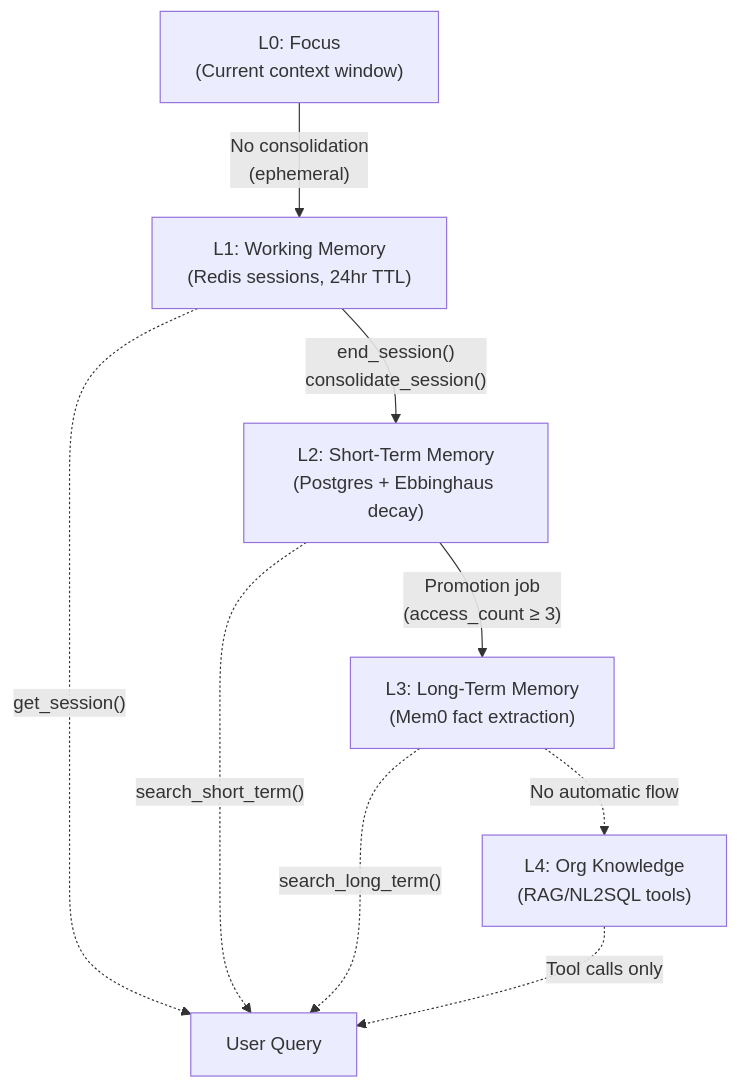
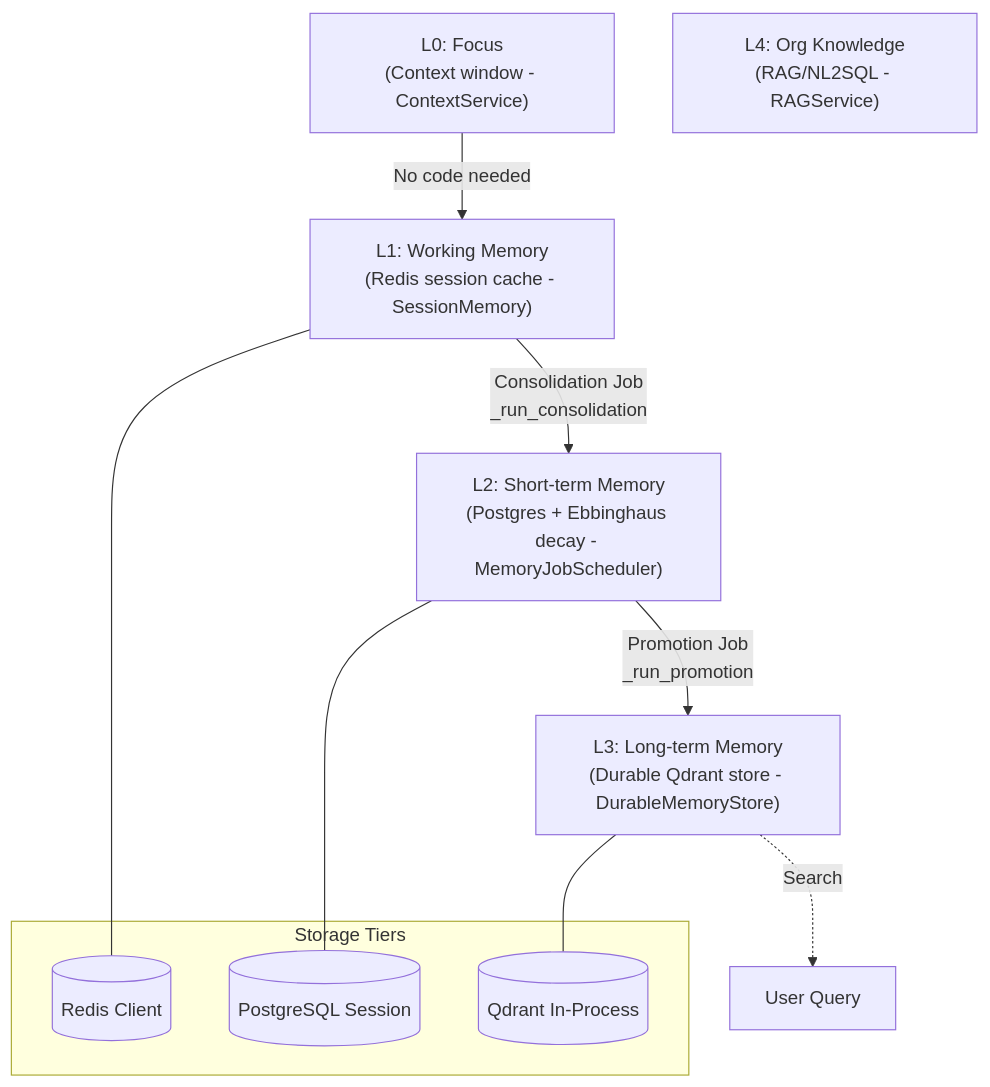
The first of 3 diagrams in docs/memory-system/five-layer-memory-architecture.md (AutomatosAI/automatos-ai), drawn with Mermaid before and after one commit. The commit also changed other lines of this file and 191 other files, not shown here.

````diff
--- a/docs/memory-system/five-layer-memory-architecture.md
+++ b/docs/memory-system/five-layer-memory-architecture.md
@@ -44,18 +47,23 @@
 ```mermaid
 graph TB
-    L0["L0: Focus<br/>(Current context window)"]
-    L1["L1: Working Memory<br/>(Redis sessions, 24hr TTL)"]
-    L2["L2: Short-Term Memory<br/>(Postgres + Ebbinghaus decay)"]
-    L3["L3: Long-Term Memory<br/>(Mem0 fact extraction)"]
-    L4["L4: Org Knowledge<br/>(RAG/NL2SQL tools)"]
+    L0["L0: Focus<br/>(Context window - ContextService)"]
+    L1["L1: Working Memory<br/>(Redis session cache - SessionMemory)"]
+    L2["L2: Short-term Memory<br/>(Postgres + Ebbinghaus decay - MemoryJobScheduler)"]
+    L3["L3: Long-term Memory<br/>(Durable Qdrant store - DurableMemoryStore)"]
+    L4["L4: Org Knowledge<br/>(RAG/NL2SQL - RAGService)"]
     
-    L0 -->|"No consolidation<br/>(ephemeral)"| L1
-    L1 -->|"end_session()<br/>consolidate_session()"| L2
-    L2 -->|"Promotion job<br/>(access_count ≥ 3)"| L3
-    L3 -.->|"No automatic flow"| L4
+    L0 -->|"No code needed"| L1
+    L1 -->|"Consolidation Job<br/>_run_consolidation"| L2
+    L2 -->|"Promotion Job<br/>_run_promotion"| L3
+    L3 -.->|"Search"| User["User Query"]
     
-    L1 -.->|"get_session()"| User["User Query"]
-    L2 -.->|"search_short_term()"| User
-    L3 -.->|"search_long_term()"| User
-    L4 -.->|"Tool calls only"| User
+    subgraph "Storage Tiers"
+    Redis[("Redis Client")]
+    Postgres[("PostgreSQL Session")]
+    Qdrant[("Qdrant In-Process")]
+    end
+    
+    L1 --- Redis
+    L2 --- Postgres
+    L3 --- Qdrant
 ```
````
